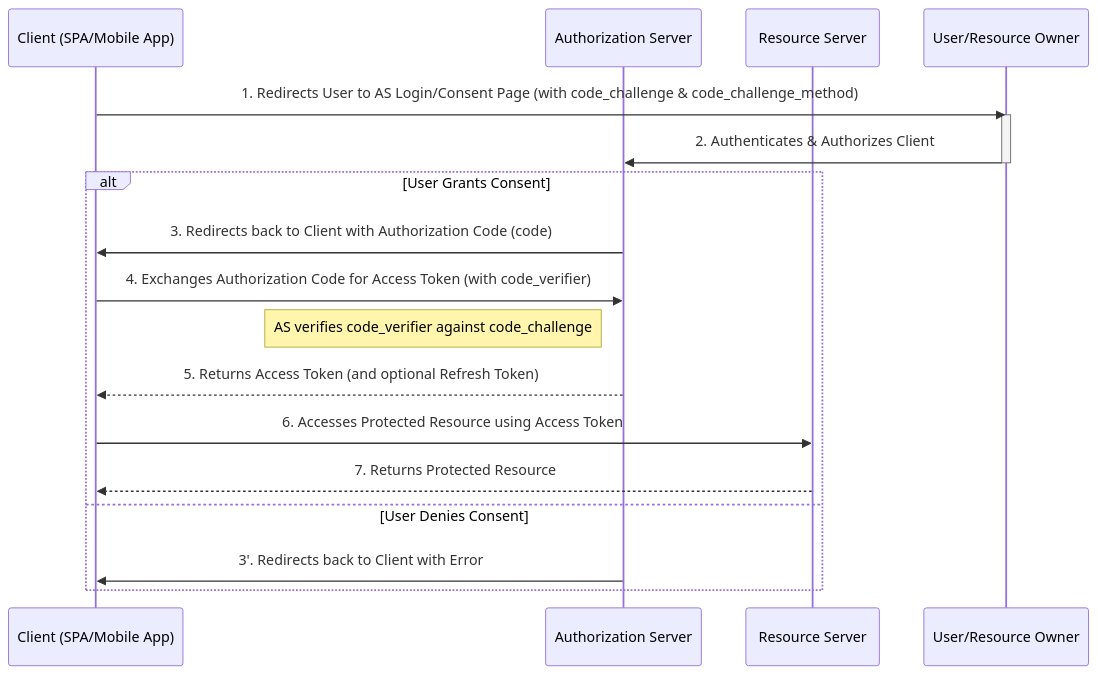
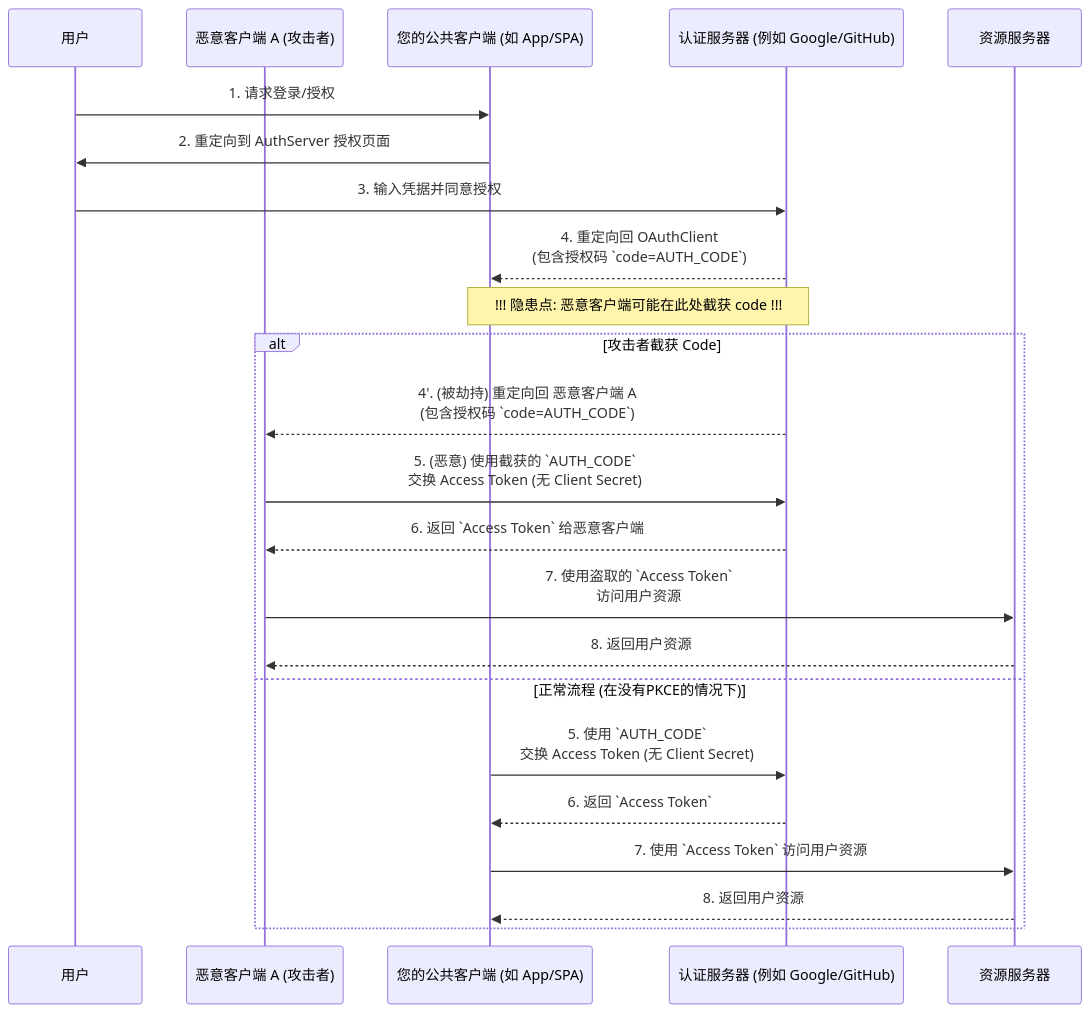
The first of 2 diagrams in source/_posts/2025/2025-04-02_ OAuth2.0 PKCE机制详解：提升公共客户端安全性的标准实践.md (teatang/t-blog), drawn with Mermaid before and after one commit. The commit also changed other lines of this file and 14 other files, not shown here.

```diff
--- a/source/_posts/2025/2025-04-02_ OAuth2.0 PKCE机制详解：提升公共客户端安全性的标准实践.md
+++ b/source/_posts/2025/2025-04-02_ OAuth2.0 PKCE机制详解：提升公共客户端安全性的标准实践.md
@@ -64,24 +45,28 @@
 {% mermaid %}
 sequenceDiagram
-    participant C as Client (SPA/Mobile App)
-    participant AS as Authorization Server
-    participant RS as Resource Server
-    participant U as User/Resource Owner
+    participant User as 用户
+    participant Client as 恶意客户端 A (攻击者)
+    participant OAuthClient as 您的公共客户端 (如 App/SPA)
+    participant AuthServer as 认证服务器 (例如 Google/GitHub)
+    participant ResourceServer as 资源服务器
 
-    C->>U: 1. Redirects User to AS Login/Consent Page (with code_challenge & code_challenge_method)
-    activate U
-    U->>AS: 2. Authenticates & Authorizes Client
-    deactivate U
+    User->>OAuthClient: 1. 请求登录/授权
+    OAuthClient->>User: 2. 重定向到 AuthServer 授权页面
 
-    alt User Grants Consent
-        AS->>C: 3. Redirects back to Client with Authorization Code (code)
-        C->>AS: 4. Exchanges Authorization Code for Access Token (with code_verifier)
-        Note left of AS: AS verifies code_verifier against code_challenge
+    User->>AuthServer: 3. 输入凭据并同意授权
+    AuthServer-->>OAuthClient: 4. 重定向回 OAuthClient <br/>(包含授权码 `code=AUTH_CODE`)
+    Note over AuthServer,OAuthClient: !!! 隐患点: 恶意客户端可能在此处截获 code !!!
 
-        AS-->>C: 5. Returns Access Token (and optional Refresh Token)
-        C->>RS: 6. Accesses Protected Resource using Access Token
-        RS-->>C: 7. Returns Protected Resource
-    else User Denies Consent
-        AS->>C: 3'. Redirects back to Client with Error
+    alt 攻击者截获 Code
+        AuthServer-->>Client: 4'. (被劫持) 重定向回 恶意客户端 A <br/>(包含授权码 `code=AUTH_CODE`)
+        Client->>AuthServer: 5. (恶意) 使用截获的 `AUTH_CODE` <br/>交换 Access Token (无 Client Secret)
+        AuthServer-->>Client: 6. 返回 `Access Token` 给恶意客户端
+        Client->>ResourceServer: 7. 使用盗取的 `Access Token` <br/>访问用户资源
+        ResourceServer-->>Client: 8. 返回用户资源
+    else 正常流程 (在没有PKCE的情况下)
+        OAuthClient->>AuthServer: 5. 使用 `AUTH_CODE` <br/>交换 Access Token (无 Client Secret)
+        AuthServer-->>OAuthClient: 6. 返回 `Access Token`
+        OAuthClient->>ResourceServer: 7. 使用 `Access Token` 访问用户资源
+        ResourceServer-->>OAuthClient: 8. 返回用户资源
     end
 {% endmermaid %}
```
